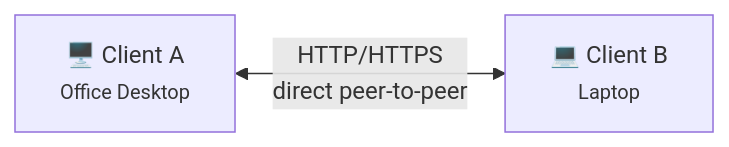
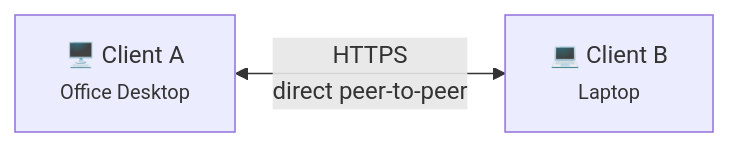
One commit to albertsdk/hsync changed the second of 3 diagrams in README.md. Above: the diagram before and after it, drawn with Mermaid. The commit also changed other lines of this file, not shown here.

````diff
--- a/README.md
+++ b/README.md
@@ -77,7 +99,7 @@
 ```mermaid
 flowchart LR
     CA["🖥️ Client A<br/><small>Office Desktop</small>"]
     CB["💻 Client B<br/><small>Laptop</small>"]
 
-    CA <-->|"HTTP/HTTPS<br/>direct peer-to-peer"| CB
+    CA <-->|"HTTPS<br/>direct peer-to-peer"| CB
 ```
````
